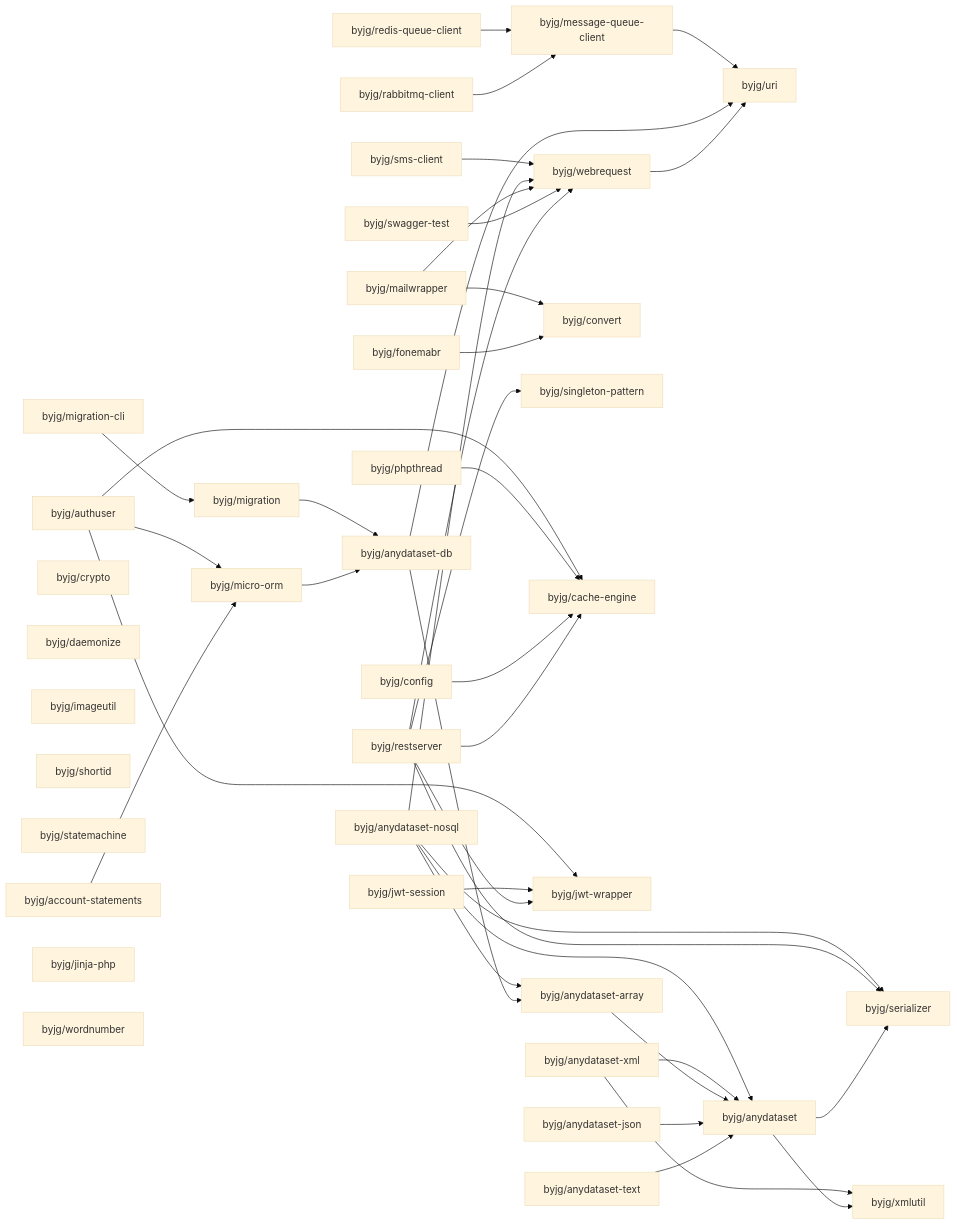
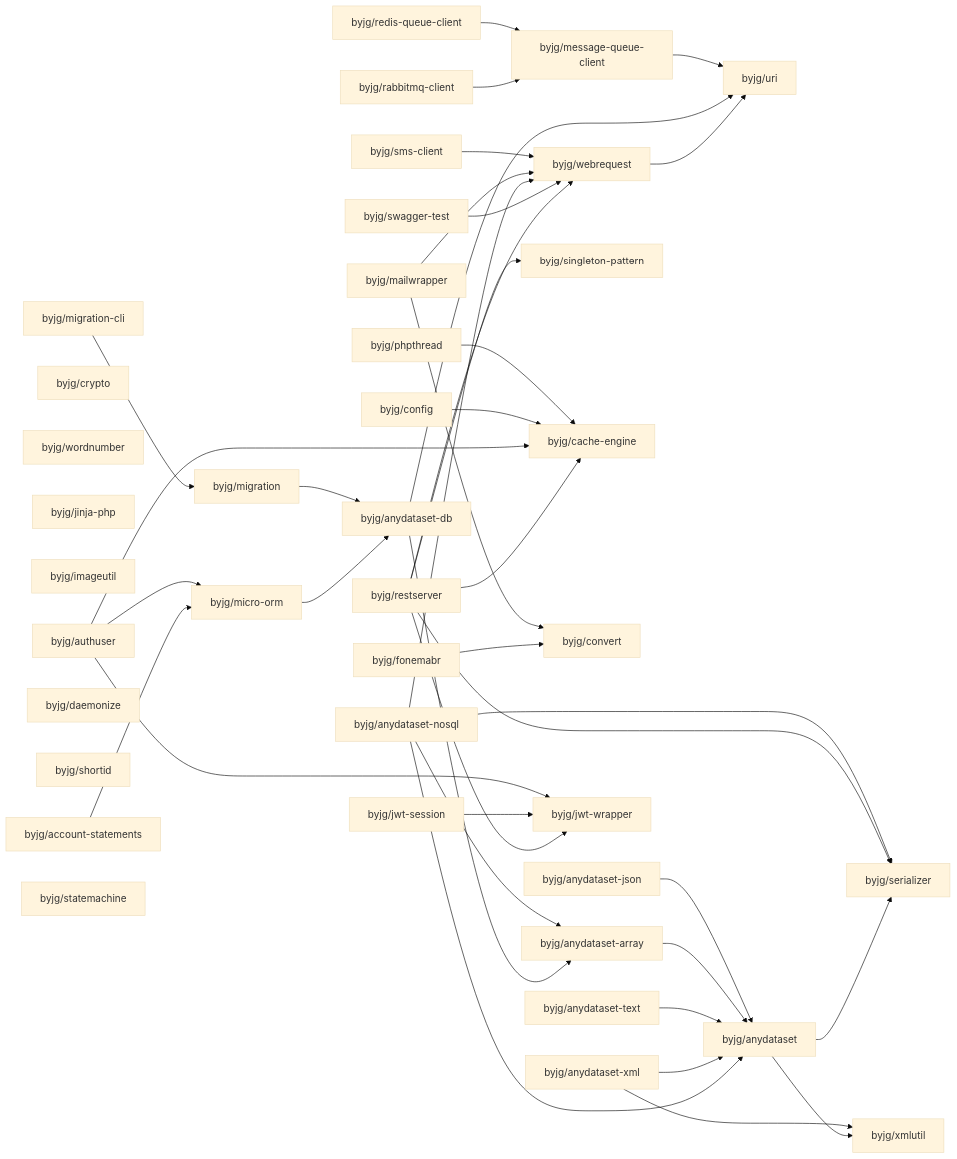
Before and after one commit to byjg/byjg.github.io: the diagram in docs/php/README.md, drawn with Mermaid (base theme). The commit also changed other lines of this file, not shown here.

Commit message:
Update documentation 'php' 'php-micro-orm'

````diff
--- a/docs/php/README.md
+++ b/docs/php/README.md
@@ -3,78 +3,78 @@
 ```mermaid
 graph LR;
   byjg/authuser;
+  byjg/phpthread;
+  byjg/mailwrapper;
+  byjg/crypto;
+  byjg/anydataset-text;
+  byjg/redis-queue-client;
+  byjg/wordnumber;
+  byjg/config;
+  byjg/restserver;
+  byjg/jinja-php;
+  byjg/imageutil;
+  byjg/fonemabr;
+  byjg/migration-cli;
+  byjg/swagger-test;
+  byjg/anydataset-json;
   byjg/sms-client;
+  byjg/rabbitmq-client;
+  byjg/anydataset-xml;
+  byjg/daemonize;
+  byjg/shortid;
   byjg/account-statements;
-  byjg/crypto;
-  byjg/anydataset-xml;
-  byjg/redis-queue-client;
-  byjg/daemonize;
+  byjg/statemachine;
+  byjg/anydataset-nosql;
   byjg/jwt-session;
-  byjg/imageutil;
-  byjg/anydataset-text;
-  byjg/shortid;
-  byjg/fonemabr;
-  byjg/anydataset-nosql;
-  byjg/statemachine;
-  byjg/migration-cli;
-  byjg/mailwrapper;
-  byjg/anydataset-json;
-  byjg/config;
-  byjg/phpthread;
-  byjg/jinja-php;
-  byjg/restserver;
-  byjg/wordnumber;
-  byjg/swagger-test;
-  byjg/rabbitmq-client;
-  byjg/micro-orm;
-  byjg/migration;
-  byjg/convert;
   byjg/singleton-pattern;
   byjg/cache-engine;
+  byjg/convert;
+  byjg/migration;
+  byjg/message-queue-client;
+  byjg/micro-orm;
+  byjg/webrequest;
   byjg/jwt-wrapper;
-  byjg/webrequest;
-  byjg/message-queue-client;
   byjg/anydataset-db;
   byjg/anydataset-array;
   byjg/uri;
   byjg/anydataset;
   byjg/serializer;
   byjg/xmlutil;
+  byjg/anydataset-json --> byjg/anydataset;
   byjg/sms-client --> byjg/webrequest;
+  byjg/anydataset-array --> byjg/anydataset;
+  byjg/phpthread --> byjg/cache-engine;
+  byjg/anydataset-text --> byjg/anydataset;
+  byjg/mailwrapper --> byjg/convert;
+  byjg/mailwrapper --> byjg/webrequest;
+  byjg/migration-cli --> byjg/migration;
+  byjg/anydataset-xml --> byjg/anydataset;
+  byjg/anydataset-xml --> byjg/xmlutil;
+  byjg/redis-queue-client --> byjg/message-queue-client;
+  byjg/fonemabr --> byjg/convert;
+  byjg/message-queue-client --> byjg/uri;
+  byjg/config --> byjg/cache-engine;
+  byjg/rabbitmq-client --> byjg/message-queue-client;
+  byjg/authuser --> byjg/micro-orm;
+  byjg/authuser --> byjg/cache-engine;
+  byjg/authuser --> byjg/jwt-wrapper;
+  byjg/jwt-session --> byjg/jwt-wrapper;
   byjg/anydataset-nosql --> byjg/anydataset;
   byjg/anydataset-nosql --> byjg/anydataset-array;
   byjg/anydataset-nosql --> byjg/serializer;
   byjg/anydataset-nosql --> byjg/webrequest;
-  byjg/anydataset-xml --> byjg/anydataset;
-  byjg/anydataset-xml --> byjg/xmlutil;
-  byjg/message-queue-client --> byjg/uri;
-  byjg/redis-queue-client --> byjg/message-queue-client;
-  byjg/authuser --> byjg/micro-orm;
-  byjg/authuser --> byjg/cache-engine;
-  byjg/authuser --> byjg/jwt-wrapper;
-  byjg/mailwrapper --> byjg/convert;
-  byjg/mailwrapper --> byjg/webrequest;
-  byjg/anydataset-array --> byjg/anydataset;
-  byjg/jwt-session --> byjg/jwt-wrapper;
-  byjg/account-statements --> byjg/micro-orm;
-  byjg/phpthread --> byjg/cache-engine;
-  byjg/fonemabr --> byjg/convert;
-  byjg/migration --> byjg/anydataset-db;
-  byjg/micro-orm --> byjg/anydataset-db;
-  byjg/swagger-test --> byjg/webrequest;
   byjg/anydataset-db --> byjg/anydataset-array;
   byjg/anydataset-db --> byjg/uri;
-  byjg/config --> byjg/cache-engine;
-  byjg/anydataset-json --> byjg/anydataset;
-  byjg/anydataset-text --> byjg/anydataset;
-  byjg/rabbitmq-client --> byjg/message-queue-client;
+  byjg/swagger-test --> byjg/webrequest;
   byjg/restserver --> byjg/serializer;
   byjg/restserver --> byjg/singleton-pattern;
   byjg/restserver --> byjg/cache-engine;
   byjg/restserver --> byjg/webrequest;
   byjg/restserver --> byjg/jwt-wrapper;
+  byjg/migration --> byjg/anydataset-db;
   byjg/anydataset --> byjg/serializer;
   byjg/anydataset --> byjg/xmlutil;
+  byjg/micro-orm --> byjg/anydataset-db;
   byjg/webrequest --> byjg/uri;
-  byjg/migration-cli --> byjg/migration;
+  byjg/account-statements --> byjg/micro-orm;
 ```
````
